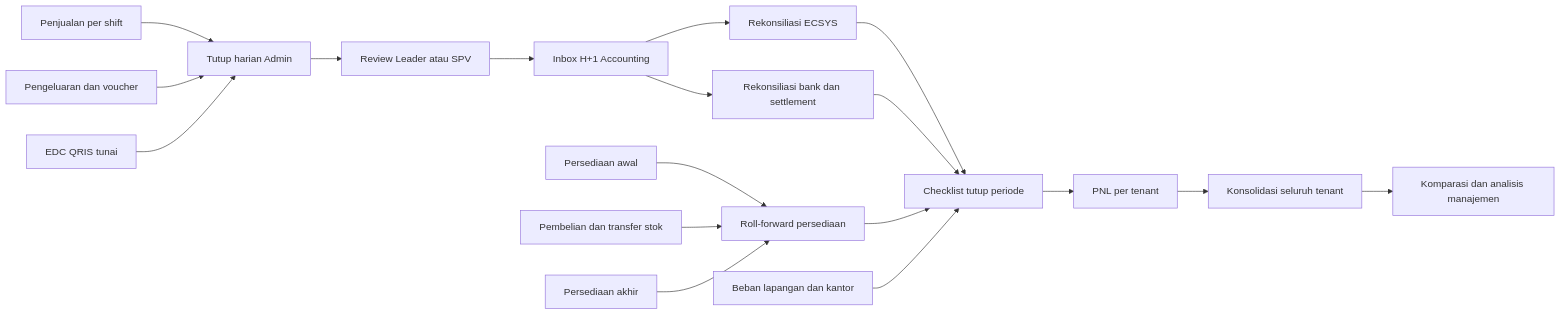
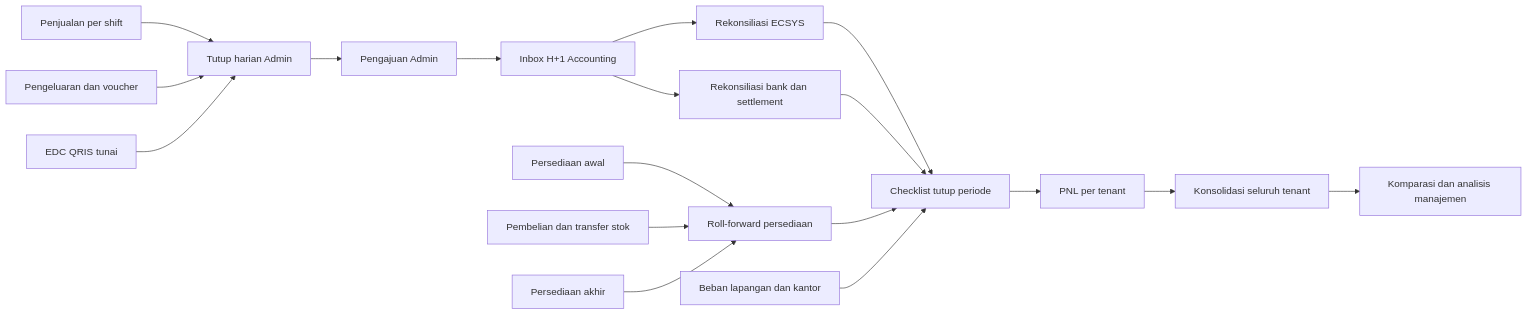
One commit to srtcreativedesign-web/dashboard-divisi changed the diagram in dokumen/73_ANALISIS_CELLULAR_ADMIN_ACCOUNTING_PNL.md. Above: the diagram before and after it, drawn with Mermaid. The commit also changed other lines of this file, not shown here.

````diff
--- a/dokumen/73_ANALISIS_CELLULAR_ADMIN_ACCOUNTING_PNL.md
+++ b/dokumen/73_ANALISIS_CELLULAR_ADMIN_ACCOUNTING_PNL.md
@@ -40,20 +40,20 @@
 ```mermaid
 flowchart LR
     A[Penjualan per shift] --> B[Tutup harian Admin]
     C[Pengeluaran dan voucher] --> B
     D[EDC QRIS tunai] --> B
-    B --> E[Review Leader atau SPV]
+    B --> E[Pengajuan Admin]
     E --> F[Inbox H+1 Accounting]
     F --> G[Rekonsiliasi ECSYS]
     F --> H[Rekonsiliasi bank dan settlement]
     I[Persediaan awal] --> J[Roll-forward persediaan]
     K[Pembelian dan transfer stok] --> J
     L[Persediaan akhir] --> J
     G --> M[Checklist tutup periode]
     H --> M
     J --> M
     N[Beban lapangan dan kantor] --> M
     M --> O[PNL per tenant]
     O --> P[Konsolidasi seluruh tenant]
     P --> Q[Komparasi dan analisis manajemen]
 ```
````
